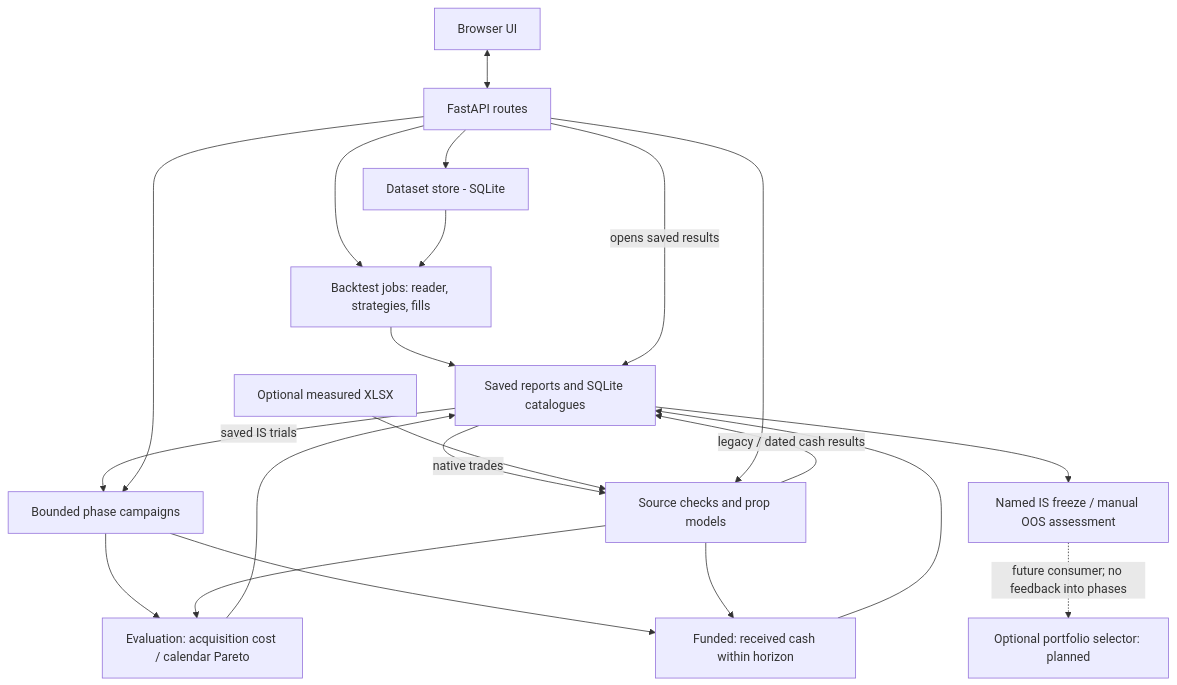
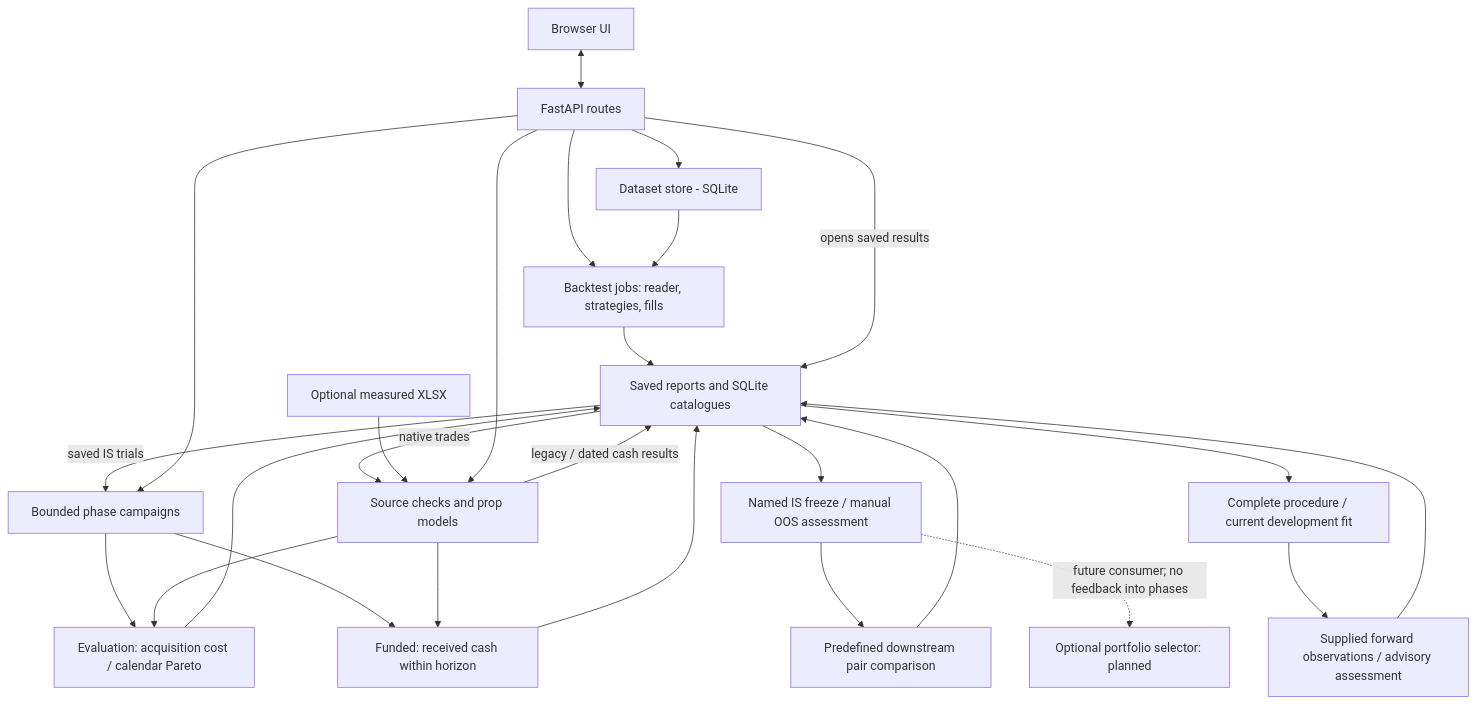
Before and after one commit to yuxuantan/alphaquest-research-engine-2: the first of 2 diagrams in docs/architecture.md, drawn with Mermaid. The commit also changed other lines of this file and 44 other files, not shown here.

Commit message:
feat: add frozen lifecycle comparisons and supplied forward monitoring

````diff
--- a/docs/architecture.md
+++ b/docs/architecture.md
@@ -178,23 +183,28 @@
 ```mermaid
 flowchart TB
     UI["Browser UI"] <--> API["FastAPI routes"]
     API --> BT["Backtest jobs: reader, strategies, fills"]
     API --> DATA["Dataset store - SQLite"]
     DATA --> BT
     BT --> SAVED["Saved reports and SQLite catalogues"]
     SAVED -- "native trades" --> PROP["Source checks and prop models"]
     XLSX["Optional measured XLSX"] --> PROP
     API --> PROP
     SAVED -- "saved IS trials" --> CAMPAIGN["Bounded phase campaigns"]
     API --> CAMPAIGN
     CAMPAIGN --> EVAL["Evaluation: acquisition cost / calendar Pareto"]
     CAMPAIGN --> FUNDED["Funded: received cash within horizon"]
     PROP --> EVAL
     PROP --> FUNDED
     EVAL --> SAVED
     FUNDED --> SAVED
     SAVED --> FREEZE["Named IS freeze / manual OOS assessment"]
+    FREEZE --> PAIR["Predefined downstream pair comparison"]
+    PAIR --> SAVED
+    SAVED --> CURRENT["Complete procedure / current development fit"]
+    CURRENT --> FORWARD["Supplied forward observations / advisory assessment"]
+    FORWARD --> SAVED
     FREEZE -. "future consumer; no feedback into phases" .-> PORTFOLIO["Optional portfolio selector: planned"]
     PROP -- "legacy / dated cash results" --> SAVED
     API -- "opens saved results" --> SAVED
 ```
````
